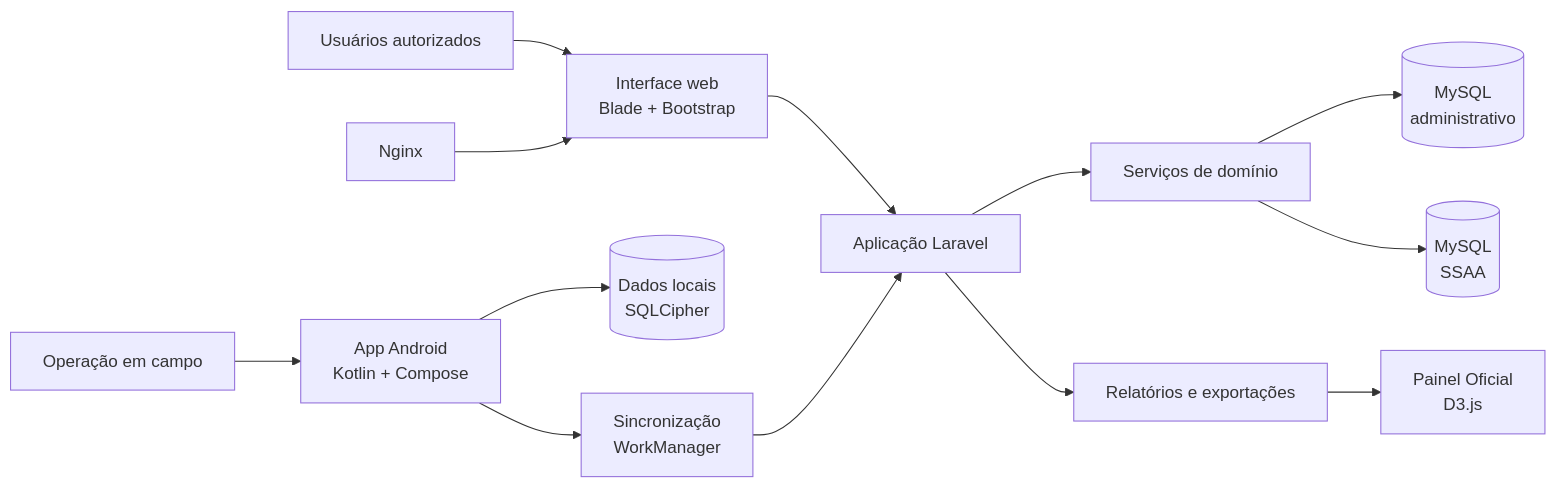
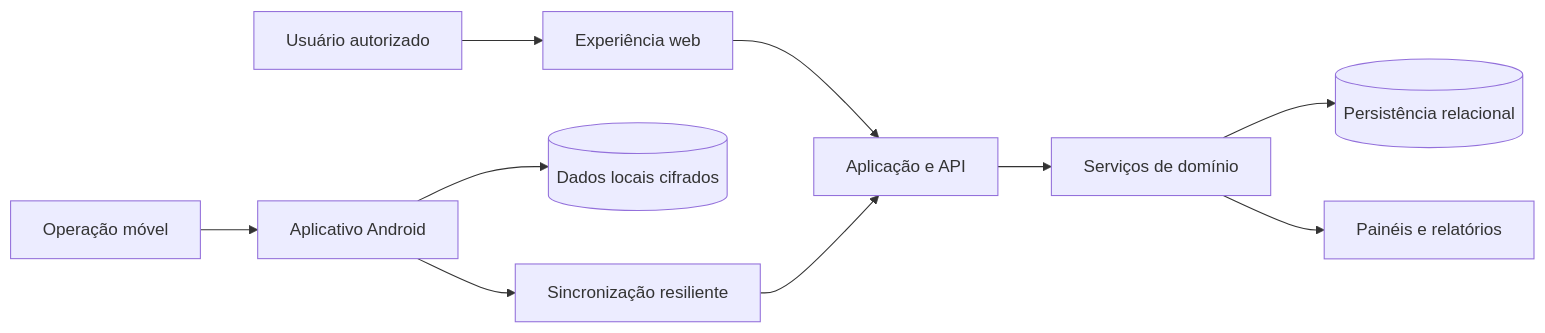
One commit to 3xpedition/atalaia-portfolio changed the diagram in docs/diagramas/componentes.md. Above: the diagram before and after it, drawn with Mermaid. The commit also changed other lines of this file and 38 other files, not shown here.

````diff
--- a/docs/diagramas/componentes.md
+++ b/docs/diagramas/componentes.md
@@ -5,15 +3,12 @@
 ```mermaid
 flowchart LR
-    U[Usuários autorizados] --> W[Interface web\nBlade + Bootstrap]
-    C[Operação em campo] --> P[App Android\nKotlin + Compose]
-    W --> A[Aplicação Laravel]
-    P --> O[(Dados locais\nSQLCipher)]
-    P --> S[Sincronização\nWorkManager]
-    S --> A
-    A --> D[Serviços de domínio]
-    D --> M[(MySQL\nadministrativo)]
-    D --> R[(MySQL\nSSAA)]
-    A --> Q[Relatórios e exportações]
-    Q --> B[Painel Oficial\nD3.js]
-    N[Nginx] --> W
+    U[Usuário autorizado] --> W[Experiência web]
+    M[Operação móvel] --> A[Aplicativo Android]
+    A --> L[(Dados locais cifrados)]
+    A --> S[Sincronização resiliente]
+    W --> H[Aplicação e API]
+    S --> H
+    H --> D[Serviços de domínio]
+    D --> B[(Persistência relacional)]
+    D --> R[Painéis e relatórios]
 ```
````
